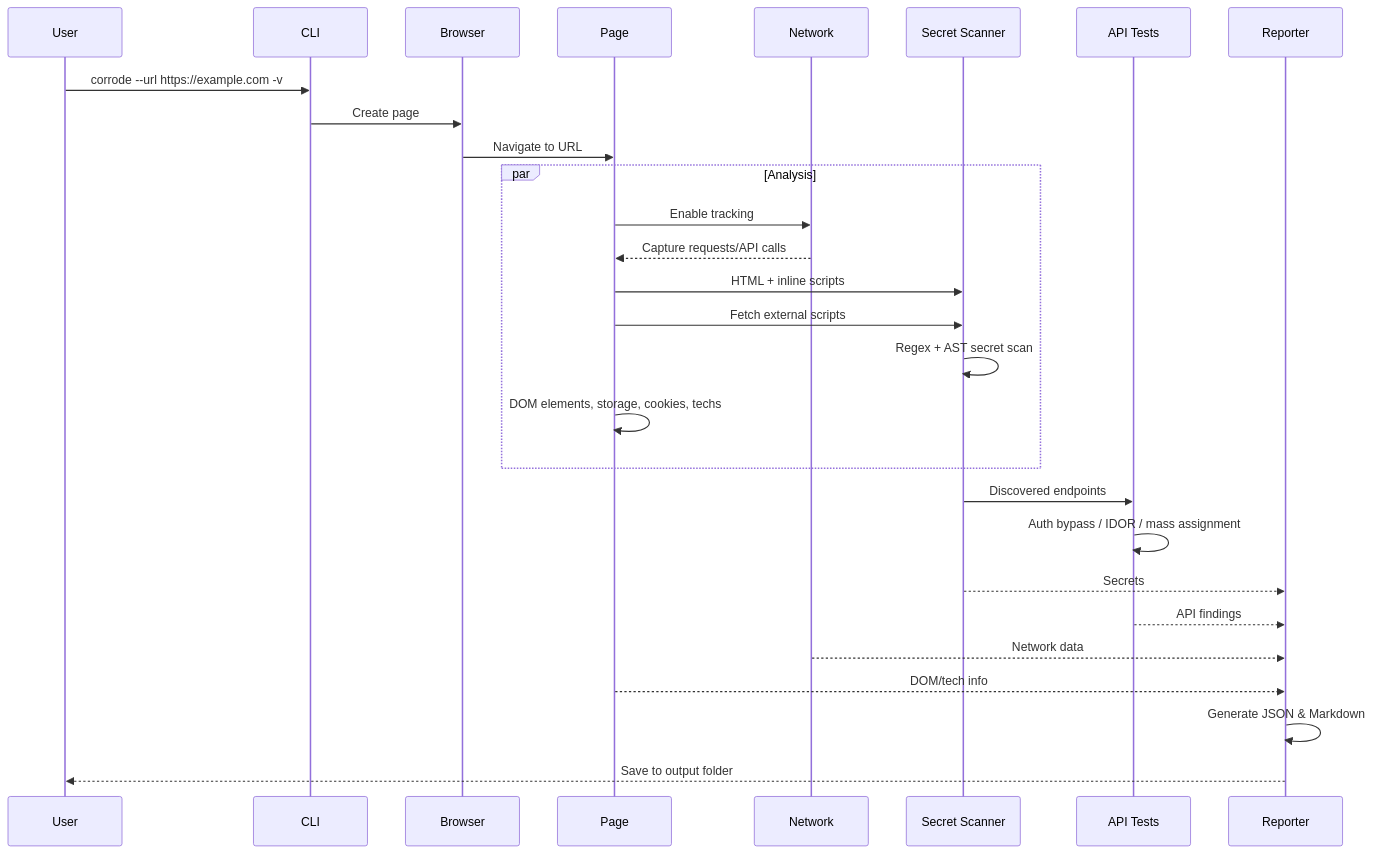
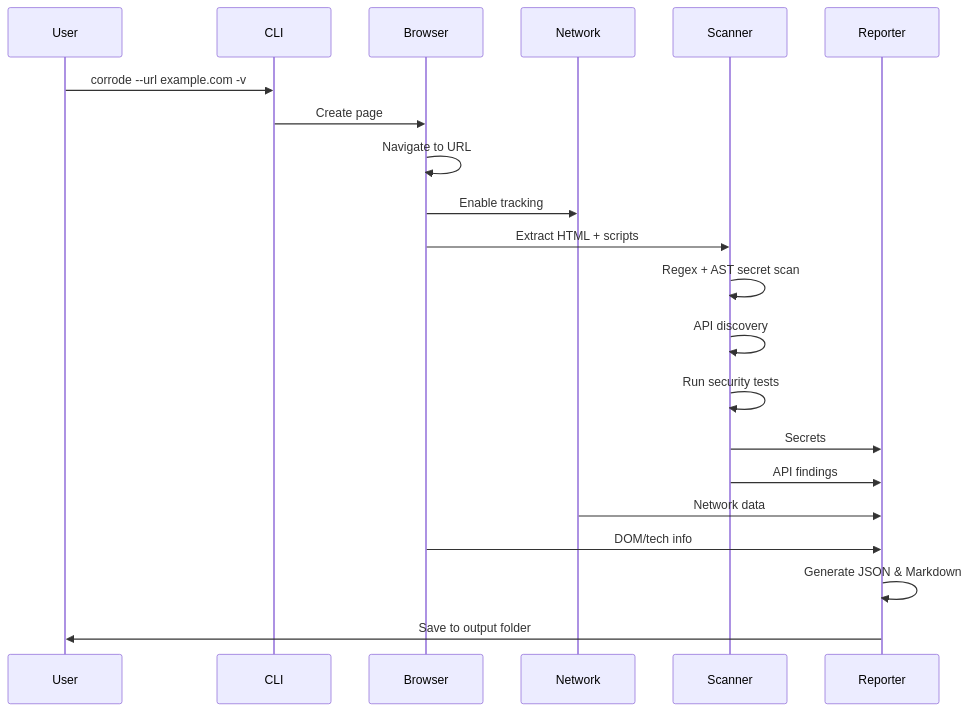
The second of 3 diagrams in README.md (ul0gic/corrode), drawn with Mermaid before and after one commit. The commit also changed other lines of this file, not shown here.

Commit message:
docs: simplify architecture diagrams and remove redundant sections

````diff
--- a/README.md
+++ b/README.md
@@ -74,37 +51,24 @@
 ```mermaid
 sequenceDiagram
     participant User
     participant CLI
     participant Browser
-    participant Page
-    participant NetMon as Network
-    participant Scanner as Secret Scanner
-    participant APITest as API Tests
+    participant Network
+    participant Scanner
     participant Reporter
 
-    User->>CLI: corrode --url https://example.com -v
+    User->>CLI: corrode --url example.com -v
     CLI->>Browser: Create page
-    Browser->>Page: Navigate to URL
-
-    par Analysis
-        Page->>NetMon: Enable tracking
-        NetMon-->>Page: Capture requests/API calls
-
-        Page->>Scanner: HTML + inline scripts
-        Page->>Scanner: Fetch external scripts
-        Scanner->>Scanner: Regex + AST secret scan
-
-        Page->>Page: DOM elements, storage, cookies, techs
-    end
-
-    Scanner->>APITest: Discovered endpoints
-    APITest->>APITest: Auth bypass / IDOR / mass assignment
-
-    Scanner-->>Reporter: Secrets
-    APITest-->>Reporter: API findings
-    NetMon-->>Reporter: Network data
-    Page-->>Reporter: DOM/tech info
-
+    Browser->>Browser: Navigate to URL
+    Browser->>Network: Enable tracking
+    Browser->>Scanner: Extract HTML + scripts
+    Scanner->>Scanner: Regex + AST secret scan
+    Scanner->>Scanner: API discovery
+    Scanner->>Scanner: Run security tests
+    Scanner->>Reporter: Secrets
+    Scanner->>Reporter: API findings
+    Network->>Reporter: Network data
+    Browser->>Reporter: DOM/tech info
     Reporter->>Reporter: Generate JSON & Markdown
-    Reporter-->>User: Save to output folder
+    Reporter->>User: Save to output folder
 ```
````
